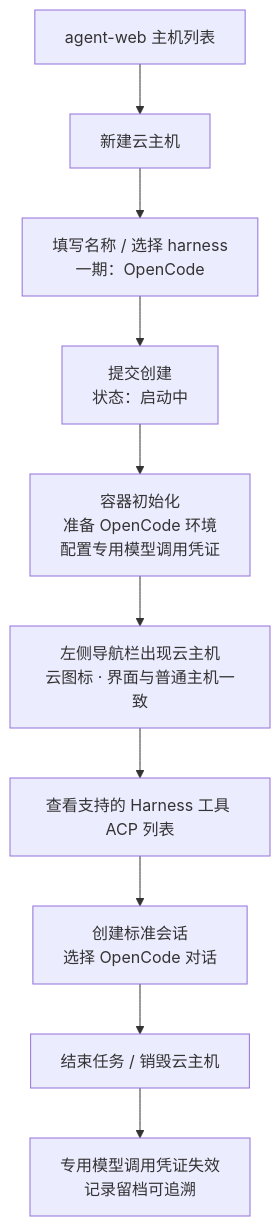
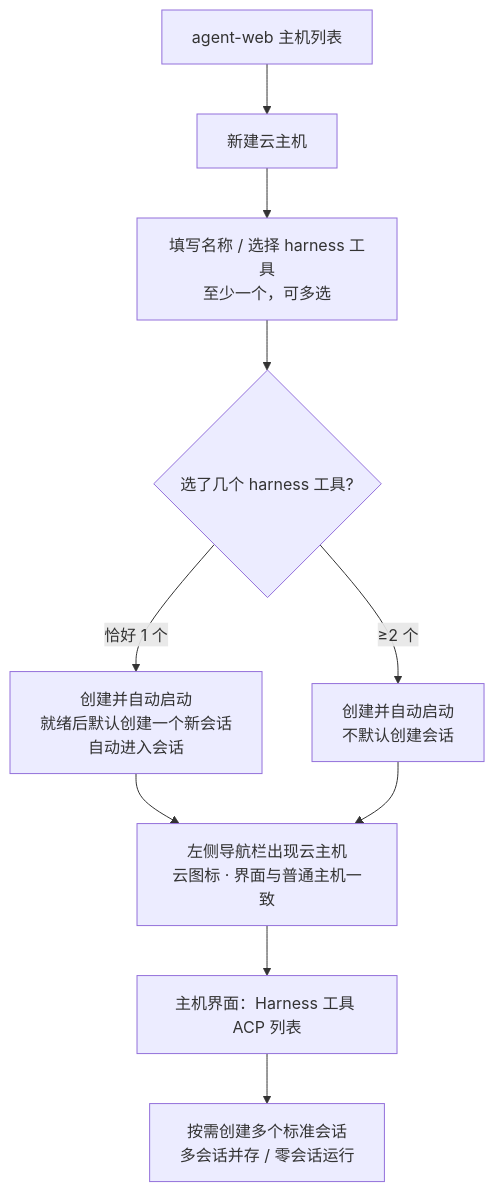
Before and after one commit to Deliay/z-agent-gear: the first of 3 diagrams in docs/product/draft/20261020-container-harness-support.md, drawn with Mermaid. The commit also changed other lines of this file and 3 other files, not shown here.

````diff
--- a/docs/product/draft/20261020-container-harness-support.md
+++ b/docs/product/draft/20261020-container-harness-support.md
@@ -174,12 +193,12 @@
 ```mermaid
 flowchart TD
     A[agent-web 主机列表] --> B[新建云主机]
-    B --> C[填写名称 / 选择 harness<br/>一期：OpenCode]
-    C --> D[提交创建<br/>状态：启动中]
-    D --> E[容器初始化<br/>准备 OpenCode 环境<br/>配置专用模型调用凭证]
-    E --> F[左侧导航栏出现云主机<br/>云图标 · 界面与普通主机一致]
-    F --> G[查看支持的 Harness 工具 ACP 列表]
-    G --> H[创建标准会话<br/>选择 OpenCode 对话]
-    H --> I[结束任务 / 销毁云主机]
-    I --> J[专用模型调用凭证失效<br/>记录留档可追溯]
+    B --> C[填写名称 / 选择 harness 工具<br/>至少一个，可多选]
+    C --> D{选了几个 harness 工具?}
+    D -->|恰好 1 个| E[创建并自动启动<br/>就绪后默认创建一个新会话<br/>自动进入会话]
+    D -->|≥2 个| F[创建并自动启动<br/>不默认创建会话]
+    E --> G[左侧导航栏出现云主机<br/>云图标 · 界面与普通主机一致]
+    F --> G
+    G --> H[主机界面：Harness 工具 ACP 列表]
+    H --> I[按需创建多个标准会话<br/>多会话并存 / 零会话运行]
 ```
````
